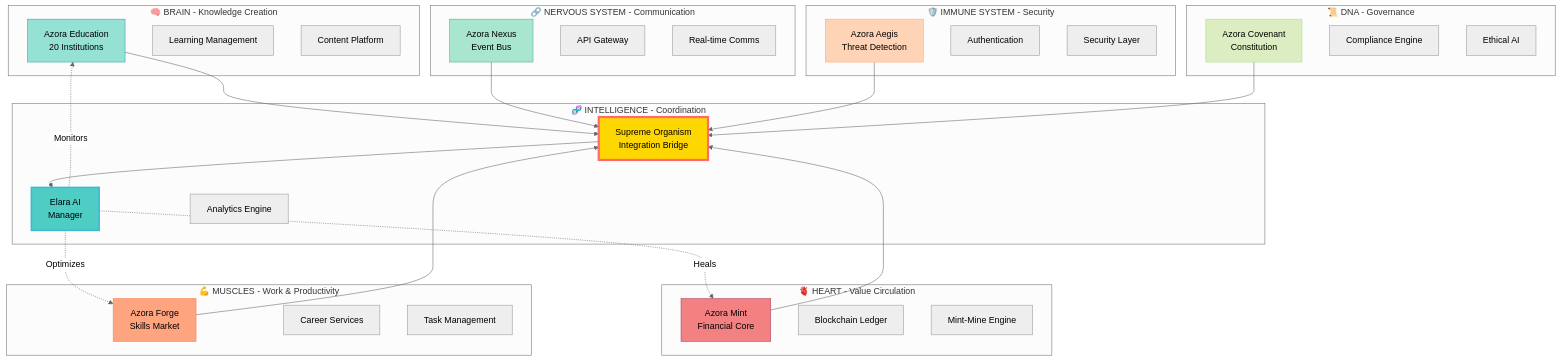
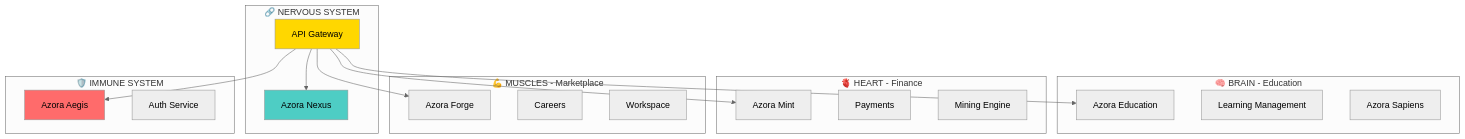
Before and after one commit to Azora-OS/azora: the second of 3 diagrams in README.md, drawn with Mermaid (neutral theme). The commit also changed other lines of this file and 374 other files, not shown here.

````diff
--- a/README.md
+++ b/README.md
@@ -43,65 +67,40 @@
 ```mermaid
 graph TB
-    subgraph "🧠 BRAIN - Knowledge Creation"
-        Education[Azora Education<br/>20 Institutions]
+    subgraph "🧠 BRAIN - Education"
+        EDU[Azora Education]
         LMS[Learning Management]
-        Content[Content Platform]
+        SAP[Azora Sapiens]
     end
     
-    subgraph "🫀 HEART - Value Circulation"
-        Mint[Azora Mint<br/>Financial Core]
-        Blockchain[Blockchain Ledger]
-        Mining[Mint-Mine Engine]
+    subgraph "🫀 HEART - Finance"
+        MINT[Azora Mint]
+        PAY[Payments]
+        MINE[Mining Engine]
     end
     
-    subgraph "💪 MUSCLES - Work & Productivity"
-        Forge[Azora Forge<br/>Skills Market]
-        Careers[Career Services]
-        Workspace[Task Management]
+    subgraph "💪 MUSCLES - Marketplace"
+        FORGE[Azora Forge]
+        CAREER[Careers]
+        WORK[Workspace]
     end
     
-    subgraph "🔗 NERVOUS SYSTEM - Communication"
-        Nexus[Azora Nexus<br/>Event Bus]
+    subgraph "🔗 NERVOUS SYSTEM"
+        NEXUS[Azora Nexus]
         API[API Gateway]
-        WebSocket[Real-time Comms]
     end
     
-    subgraph "🛡️ IMMUNE SYSTEM - Security"
-        Aegis[Azora Aegis<br/>Threat Detection]
-        Auth[Authentication]
-        Firewall[Security Layer]
+    subgraph "🛡️ IMMUNE SYSTEM"
+        AEGIS[Azora Aegis]
+        AUTH[Auth Service]
     end
     
-    subgraph "📜 DNA - Governance"
-        Covenant[Azora Covenant<br/>Constitution]
-        Rules[Compliance Engine]
-        Ethics[Ethical AI]
-    end
+    API --> EDU
+    API --> MINT
+    API --> FORGE
+    API --> NEXUS
+    API --> AEGIS
     
-    subgraph "🧬 INTELLIGENCE - Coordination"
-        Supreme[Supreme Organism<br/>Integration Bridge]
-        Elara[Elara AI<br/>Manager]
-        Analytics[Analytics Engine]
-    end
-    
-    Education --> Supreme
-    Mint --> Supreme
-    Forge --> Supreme
-    Nexus --> Supreme
-    Aegis --> Supreme
-    Covenant --> Supreme
-    
-    Supreme --> Elara
-    Elara -.->|Monitors| Education
-    Elara -.->|Heals| Mint
-    Elara -.->|Optimizes| Forge
-    
-    style Supreme fill:#FFD700,stroke:#FF6B6B,stroke-width:4px
-    style Elara fill:#4ECDC4,stroke:#45B7D1,stroke-width:3px
-    style Education fill:#95E1D3,stroke:#38A3A5
-    style Mint fill:#F38181,stroke:#AA4465
-    style Forge fill:#FEA47F,stroke:#F97F51
-    style Nexus fill:#A8E6CF,stroke:#56AB91
-    style Aegis fill:#FFD3B6,stroke:#FFAA71
-    style Covenant fill:#DCEDC1,stroke:#A8DF8E
+    style API fill:#FFD700
+    style NEXUS fill:#4ECDC4
+    style AEGIS fill:#FF6B6B
 ```
````
